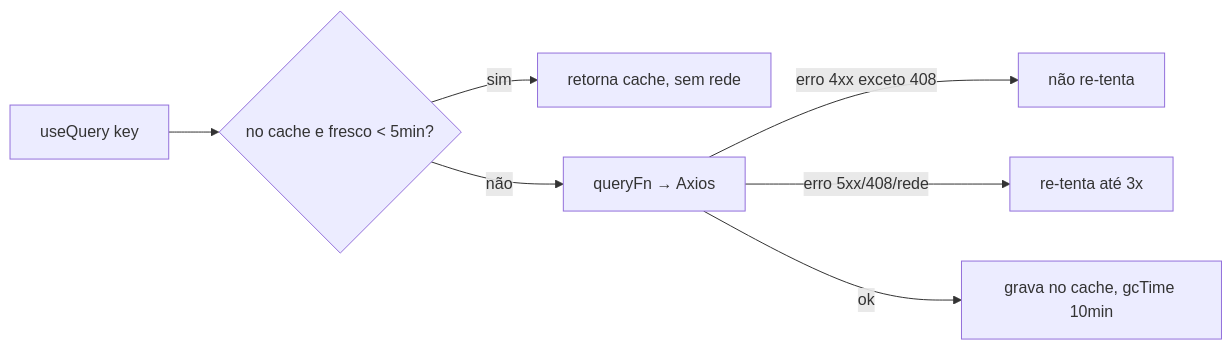
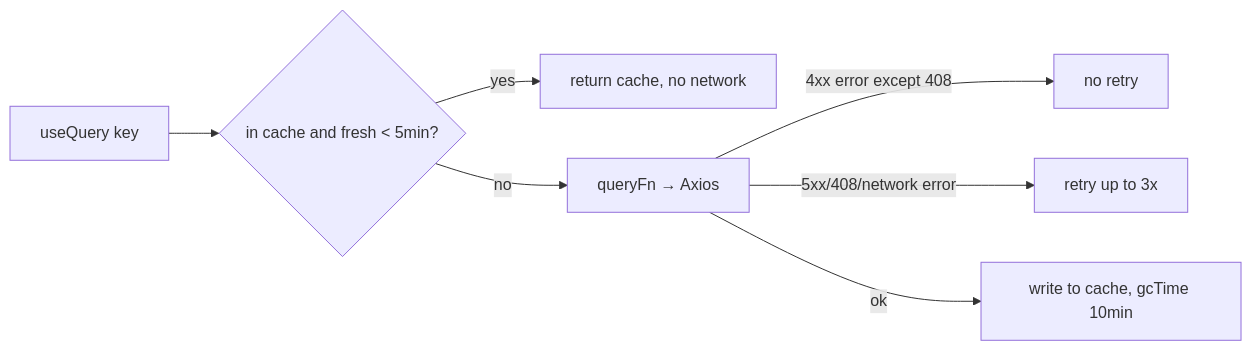
Diagram 15 of 15 in docs/workflows.md (Walky-App/walky-admin), drawn with Mermaid before and after one commit. The commit also changed other lines of this file and 12 other files, not shown here.

````diff
--- a/docs/workflows.md
+++ b/docs/workflows.md
@@ -752,9 +755,9 @@
 ```mermaid
 flowchart LR
-    Q[useQuery key] --> C{no cache e fresco < 5min?}
-    C -- sim --> Hit[retorna cache, sem rede]
-    C -- não --> Fetch[queryFn → Axios]
-    Fetch -- erro 4xx exceto 408 --> NoRetry[não re-tenta]
-    Fetch -- erro 5xx/408/rede --> Retry[re-tenta até 3x]
-    Fetch -- ok --> Store[grava no cache, gcTime 10min]
+    Q[useQuery key] --> C{in cache and fresh < 5min?}
+    C -- yes --> Hit[return cache, no network]
+    C -- no --> Fetch[queryFn → Axios]
+    Fetch -- 4xx error except 408 --> NoRetry[no retry]
+    Fetch -- 5xx/408/network error --> Retry[retry up to 3x]
+    Fetch -- ok --> Store[write to cache, gcTime 10min]
 ```
````
